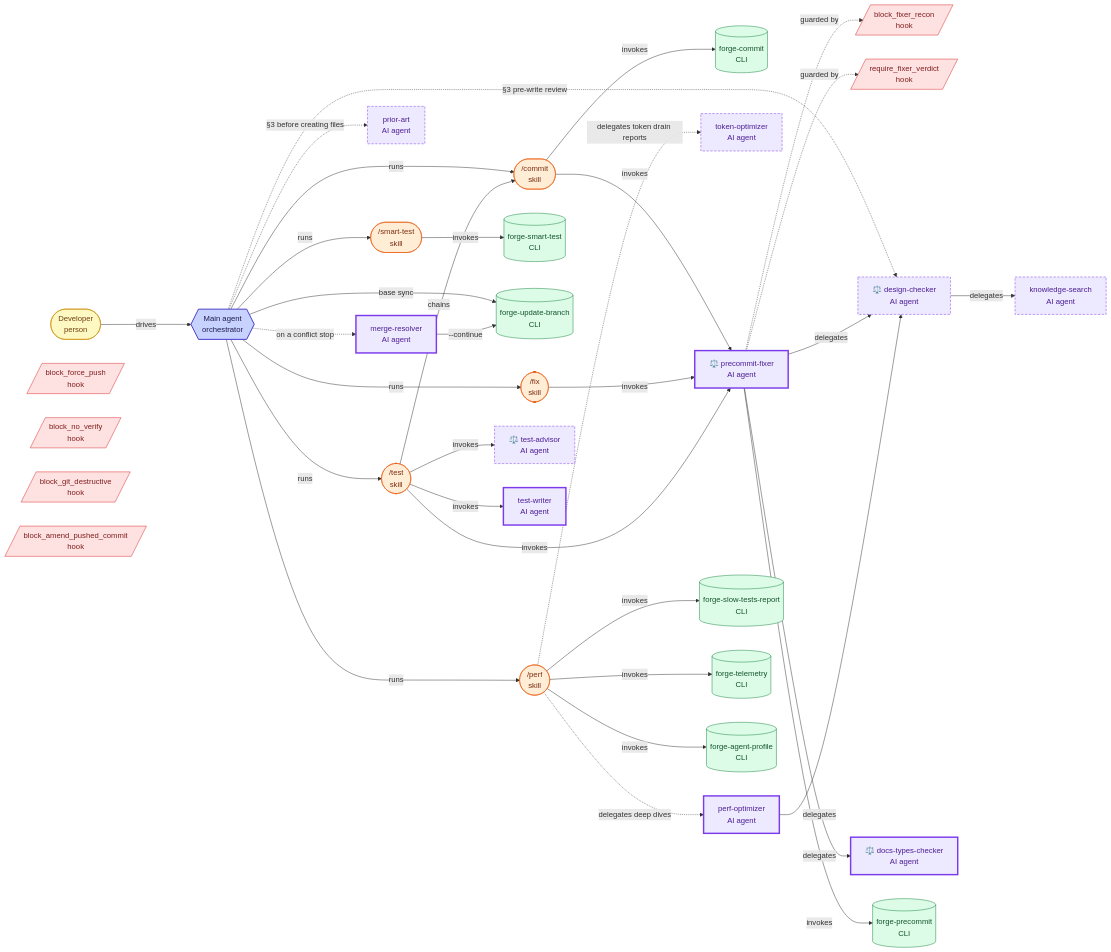
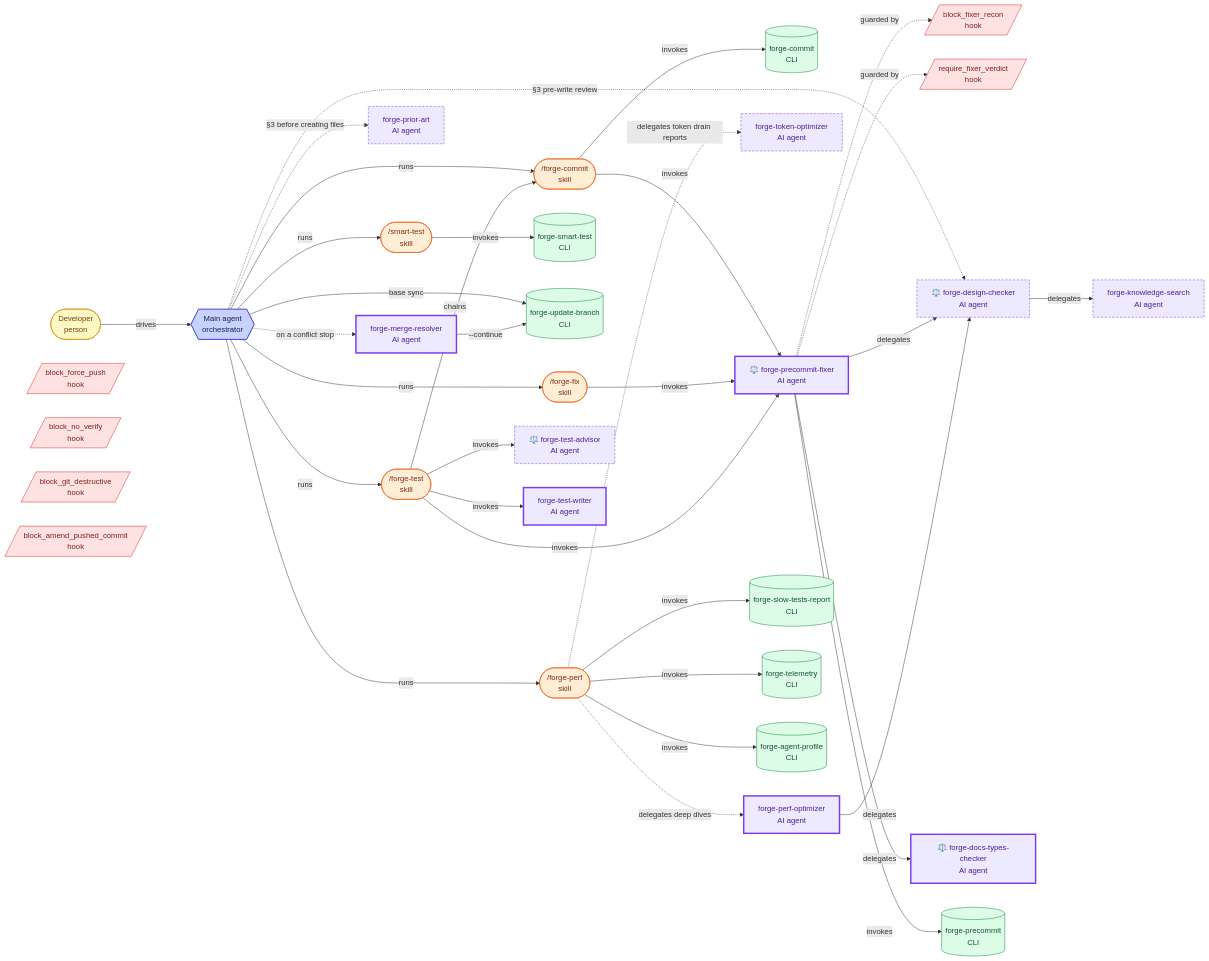
The second of 7 diagrams in docs/agent-architecture.md (misnaej/forge), drawn with Mermaid before and after one commit. The commit also changed other lines of this file and 187 other files, not shown here.

```diff
--- a/docs/agent-architecture.md
+++ b/docs/agent-architecture.md
@@ -111,28 +111,28 @@
   hk_block_amend_pushed_commit[/"block_amend_pushed_commit<br/>hook"/]
   hk_block_fixer_recon[/"block_fixer_recon<br/>hook"/]
   hk_require_fixer_verdict[/"require_fixer_verdict<br/>hook"/]
-  sk_commit(["/commit<br/>skill"])
-  design_checker["⚖️ design-checker<br/>AI agent"]
-  docs_types_checker["⚖️ docs-types-checker<br/>AI agent"]
-  sk_fix(["/fix<br/>skill"])
+  sk_commit(["/forge-commit<br/>skill"])
+  design_checker["⚖️ forge-design-checker<br/>AI agent"]
+  docs_types_checker["⚖️ forge-docs-types-checker<br/>AI agent"]
+  sk_fix(["/forge-fix<br/>skill"])
   cli_forge_precommit[("forge-precommit<br/>CLI")]
   cli_forge_smart_test[("forge-smart-test<br/>CLI")]
   cli_forge_commit[("forge-commit<br/>CLI")]
   cli_forge_update_branch[("forge-update-branch<br/>CLI")]
-  merge_resolver["merge-resolver<br/>AI agent"]
-  knowledge_search["knowledge-search<br/>AI agent"]
-  perf_optimizer["perf-optimizer<br/>AI agent"]
-  token_optimizer["token-optimizer<br/>AI agent"]
-  prior_art["prior-art<br/>AI agent"]
-  precommit_fixer["⚖️ precommit-fixer<br/>AI agent"]
+  merge_resolver["forge-merge-resolver<br/>AI agent"]
+  knowledge_search["forge-knowledge-search<br/>AI agent"]
+  perf_optimizer["forge-perf-optimizer<br/>AI agent"]
+  token_optimizer["forge-token-optimizer<br/>AI agent"]
+  prior_art["forge-prior-art<br/>AI agent"]
+  precommit_fixer["⚖️ forge-precommit-fixer<br/>AI agent"]
   sk_smart_test(["/smart-test<br/>skill"])
-  sk_perf(["/perf<br/>skill"])
+  sk_perf(["/forge-perf<br/>skill"])
   cli_forge_slow_tests_report[("forge-slow-tests-report<br/>CLI")]
   cli_forge_telemetry[("forge-telemetry<br/>CLI")]
   cli_forge_agent_profile[("forge-agent-profile<br/>CLI")]
-  sk_test(["/test<br/>skill"])
-  test_advisor["⚖️ test-advisor<br/>AI agent"]
-  test_writer["test-writer<br/>AI agent"]
+  sk_test(["/forge-test<br/>skill"])
+  test_advisor["⚖️ forge-test-advisor<br/>AI agent"]
+  test_writer["forge-test-writer<br/>AI agent"]
   main_agent -->|runs| sk_commit
   main_agent -->|runs| sk_fix
   main_agent -->|runs| sk_smart_test
```
